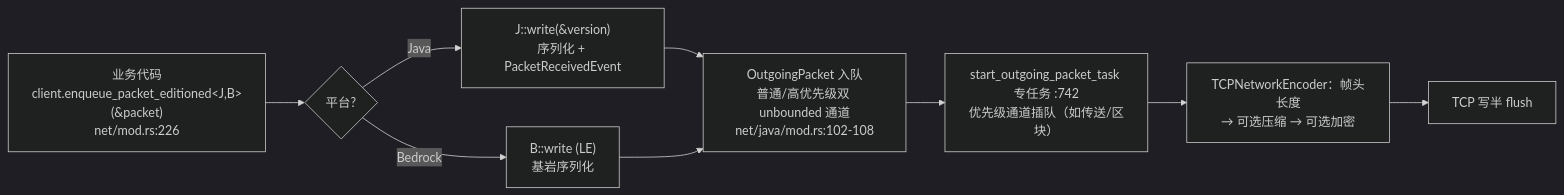
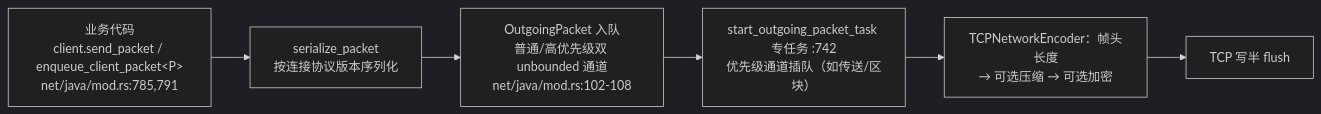
The second of 6 diagrams in note/05-数据流.md (Quotidietium/Papokin), drawn with Mermaid (dark theme) before and after one commit. The commit also changed other lines of this file and 2 other files, not shown here.

````diff
--- a/note/05-数据流.md
+++ b/note/05-数据流.md
@@ -75,10 +74,8 @@
 ```mermaid
 flowchart LR
-    A["业务代码<br/>client.enqueue_packet_editioned&lt;J,B&gt;(&amp;packet)<br/>net/mod.rs:226"] --> B{"平台?"}
-    B -->|Java| C1["J::write(&amp;version)<br/>序列化 + PacketReceivedEvent"]
-    B -->|Bedrock| C2["B::write (LE)<br/>基岩序列化"]
-    C1 & C2 --> D["OutgoingPacket 入队<br/>普通/高优先级双 unbounded 通道<br/>net/java/mod.rs:102-108"]
+    A["业务代码<br/>client.send_packet / enqueue_client_packet&lt;P&gt;<br/>net/java/mod.rs:785,791"] --> C1["serialize_packet<br/>按连接协议版本序列化"]
+    C1 --> D["OutgoingPacket 入队<br/>普通/高优先级双 unbounded 通道<br/>net/java/mod.rs:102-108"]
     D --> E["start_outgoing_packet_task 专任务 :742<br/>优先级通道插队（如传送/区块）"]
     E --> F["TCPNetworkEncoder：帧头长度<br/>→ 可选压缩 → 可选加密"]
     F --> G["TCP 写半 flush"]
 ```
````
